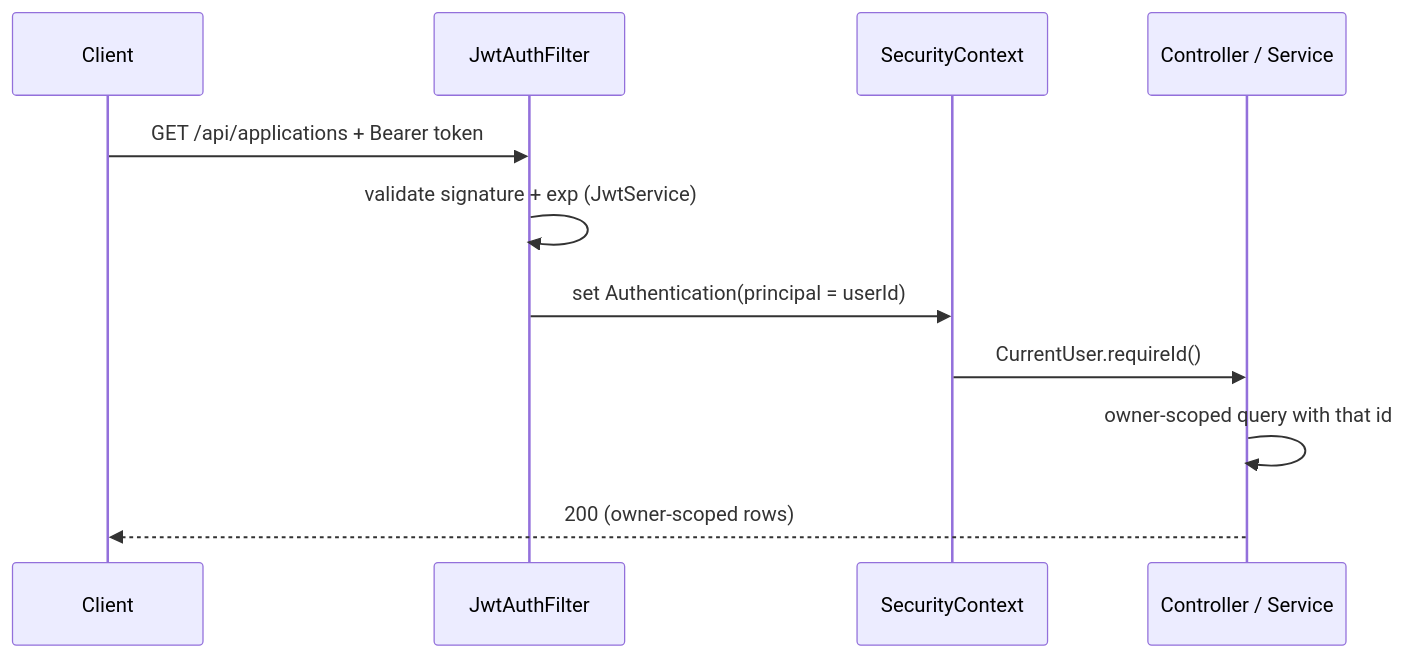
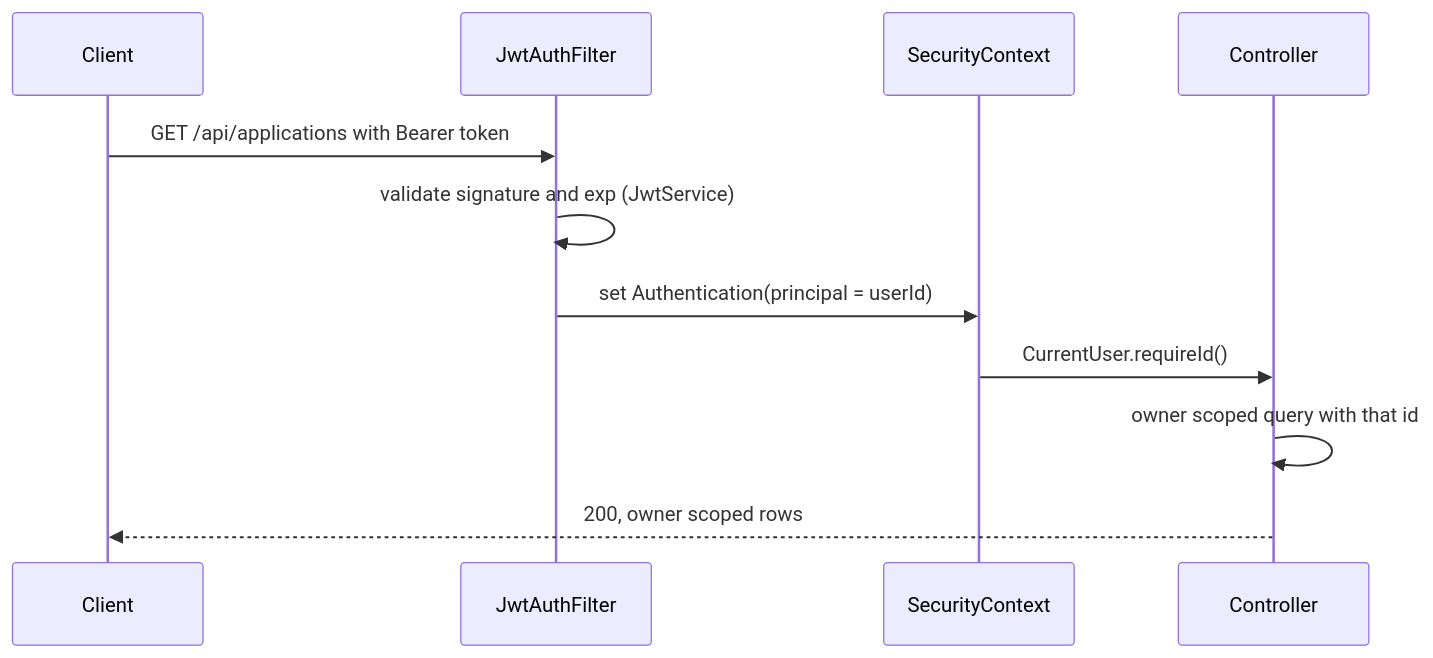
Before and after one commit to SalmaneKhalili/Job-Tracker: the second of 2 diagrams in docs/ARCHITECTURE.md, drawn with Mermaid. The commit also changed other lines of this file and 2 other files, not shown here.

````diff
--- a/docs/ARCHITECTURE.md
+++ b/docs/ARCHITECTURE.md
@@ -131,13 +124,13 @@
 ```mermaid
 sequenceDiagram
     participant C as Client
     participant F as JwtAuthFilter
     participant S as SecurityContext
-    participant D as Controller / Service
-    C->>F: GET /api/applications + Bearer token
-    F->>F: validate signature + exp (JwtService)
+    participant D as Controller
+    C->>F: GET /api/applications with Bearer token
+    F->>F: validate signature and exp (JwtService)
     F->>S: set Authentication(principal = userId)
     S->>D: CurrentUser.requireId()
-    D->>D: owner-scoped query with that id
-    D-->>C: 200 (owner-scoped rows)
+    D->>D: owner scoped query with that id
+    D-->>C: 200, owner scoped rows
 ```
````
